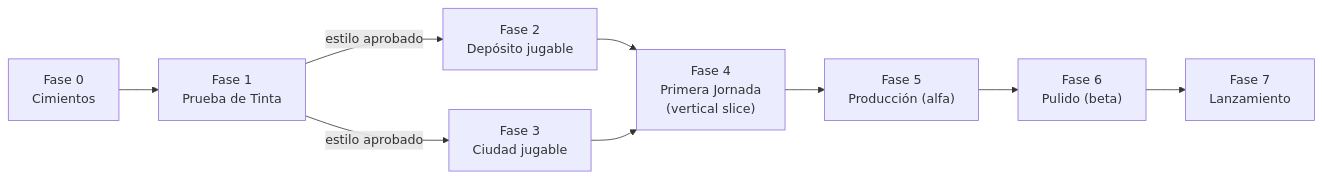
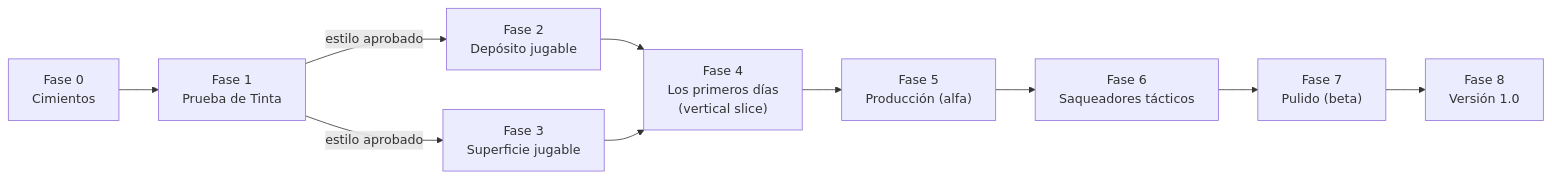
One commit to Noel619/Metro_S.T.A.L.K.E.R changed the second of 2 diagrams in README.md. Above: the diagram before and after it, drawn with Mermaid. The commit also changed other lines of this file, not shown here.

````diff
--- a/README.md
+++ b/README.md
@@ -574,11 +726,12 @@
 ```mermaid
 flowchart LR
     F0["Fase 0<br/>Cimientos"] --> F1["Fase 1<br/>Prueba de Tinta"]
-    F1 -- "estilo aprobado" --> F2["Fase 2<br/>Depósito jugable"]
-    F1 -- "estilo aprobado" --> F3["Fase 3<br/>Ciudad jugable"]
-    F2 --> F4["Fase 4<br/>Primera Jornada<br/>(vertical slice)"]
+    F1 -->|estilo aprobado| F2["Fase 2<br/>Depósito jugable"]
+    F1 -->|estilo aprobado| F3["Fase 3<br/>Superficie jugable"]
+    F2 --> F4["Fase 4<br/>Los primeros días<br/>(vertical slice)"]
     F3 --> F4
     F4 --> F5["Fase 5<br/>Producción (alfa)"]
-    F5 --> F6["Fase 6<br/>Pulido (beta)"]
-    F6 --> F7["Fase 7<br/>Lanzamiento"]
+    F5 --> F6["Fase 6<br/>Saqueadores tácticos"]
+    F6 --> F7["Fase 7<br/>Pulido (beta)"]
+    F7 --> F8["Fase 8<br/>Versión 1.0"]
 ```
````
